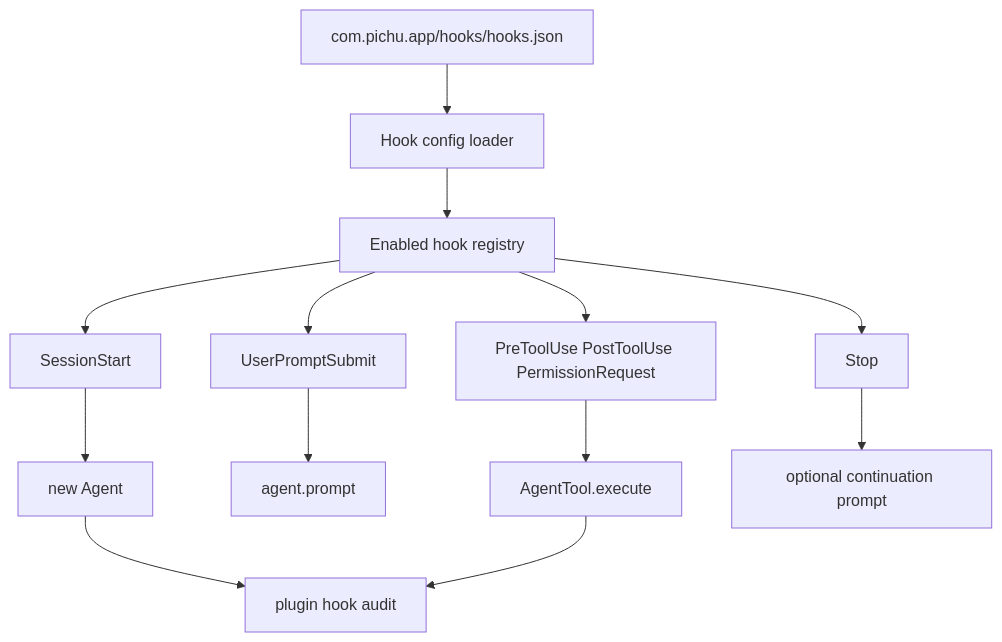
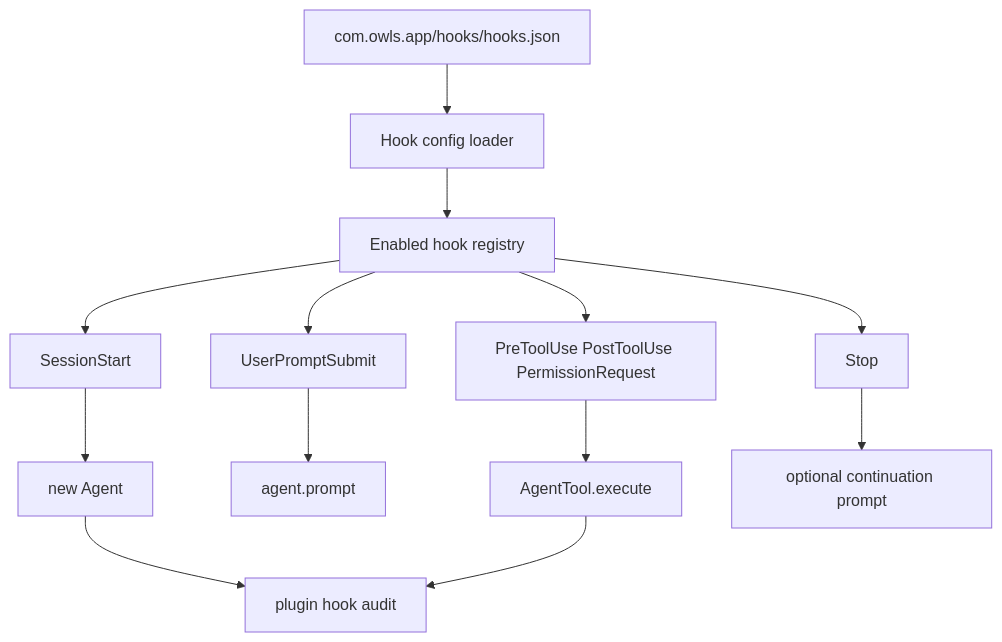
The first of 3 diagrams in docs/CODEX_AGENT_HOOKS.md (jackeydou/Owls), drawn with Mermaid before and after one commit. The commit also changed other lines of this file and 888 other files, not shown here.

First line of the commit message:
refactor: rename every Pichu name to Owls

````diff
--- a/docs/CODEX_AGENT_HOOKS.md
+++ b/docs/CODEX_AGENT_HOOKS.md
@@ -167,15 +167,15 @@
 ```mermaid
 flowchart TD
-  pichuExtension["com.pichu.app/hooks/hooks.json"] --> hookConfigLoader["Hook config loader"]
+  owlsExtension["com.owls.app/hooks/hooks.json"] --> hookConfigLoader["Hook config loader"]
   hookConfigLoader --> hookRegistry["Enabled hook registry"]
   hookRegistry --> sessionInterceptor["SessionStart"]
   hookRegistry --> promptInterceptor["UserPromptSubmit"]
   hookRegistry --> toolWrapper["PreToolUse PostToolUse PermissionRequest"]
   hookRegistry --> stopInterceptor["Stop"]
   sessionInterceptor --> agentRuntime["new Agent"]
   promptInterceptor --> agentPrompt["agent.prompt"]
   toolWrapper --> agentTools["AgentTool.execute"]
   stopInterceptor --> continuation["optional continuation prompt"]
   agentRuntime --> auditLog["plugin hook audit"]
   agentTools --> auditLog
 ```
````
